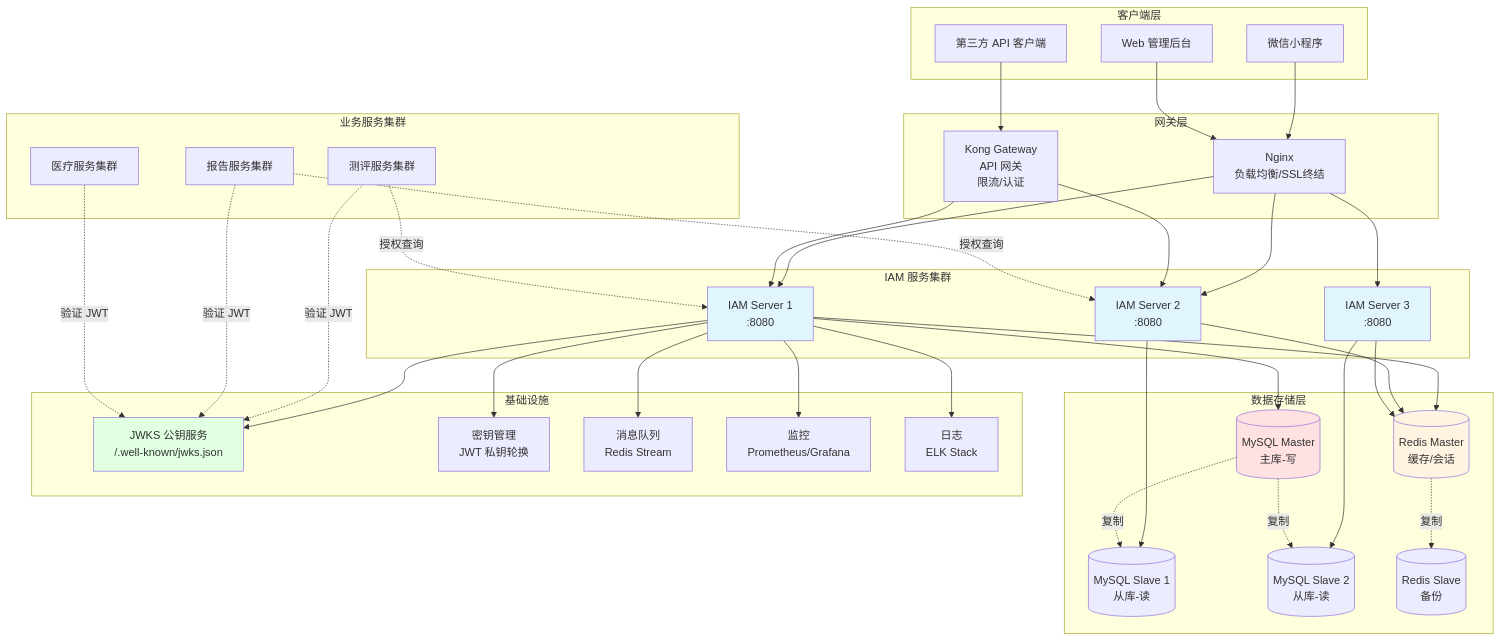
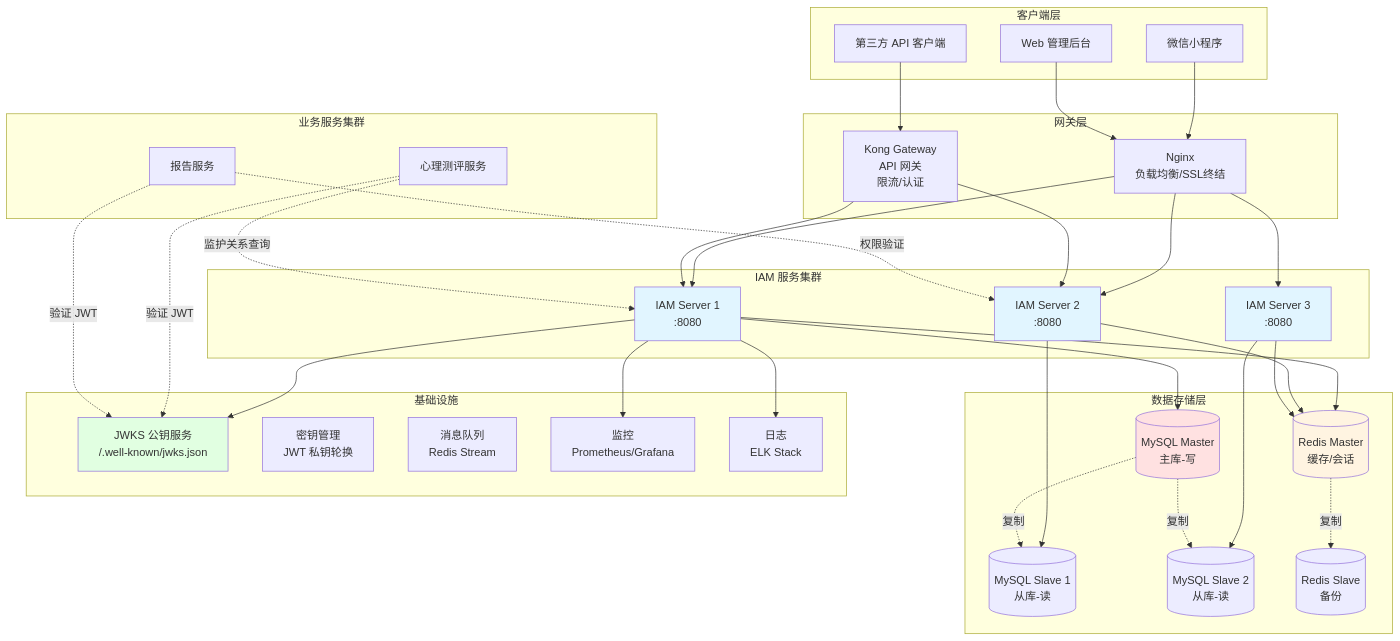
One commit to FangcunMount/iam-contracts changed the sixth of 6 diagrams in README.md. Above: the diagram before and after it, drawn with Mermaid. The commit also changed other lines of this file, not shown here.

```diff
--- a/README.md
+++ b/README.md
@@ -469,9 +477,8 @@
     end
 
     subgraph "业务服务集群"
-        COLLECTION[测评服务集群]
-        REPORT[报告服务集群]
-        HOSPITAL[医疗服务集群]
+        SCALE[心理测评服务]
+        REPORT[报告服务]
     end
 
     subgraph "数据存储层"
@@ -514,15 +521,12 @@
     MYSQL_M -.复制.-> MYSQL_S2
     
     IAM1 --> JWKS
-    IAM1 --> KMS
-    IAM1 --> MQ
     
-    COLLECTION -.验证 JWT.-> JWKS
+    SCALE -.验证 JWT.-> JWKS
     REPORT -.验证 JWT.-> JWKS
-    HOSPITAL -.验证 JWT.-> JWKS
     
-    COLLECTION -.授权查询.-> IAM1
-    REPORT -.授权查询.-> IAM2
+    SCALE -.监护关系查询.-> IAM1
+    REPORT -.权限验证.-> IAM2
     
     IAM1 --> MONITOR
     IAM1 --> LOG
```
